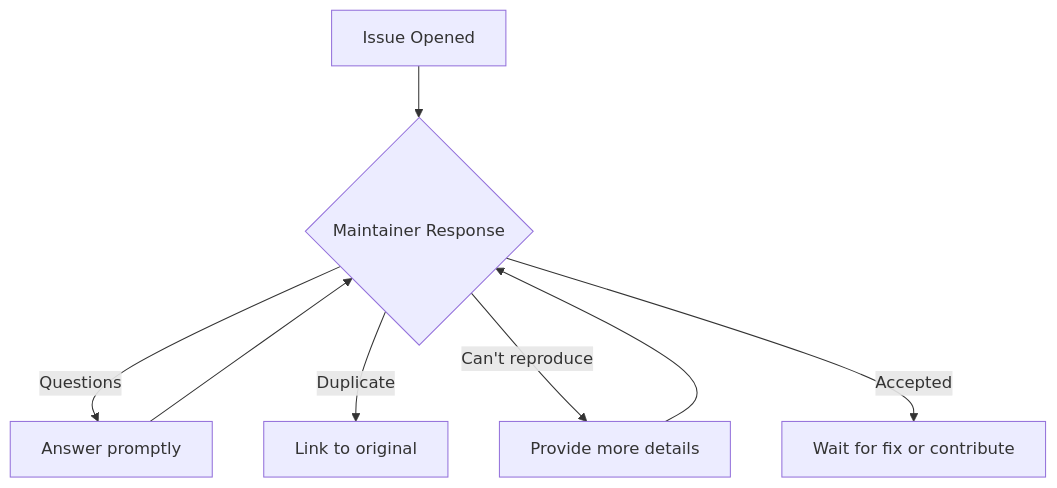
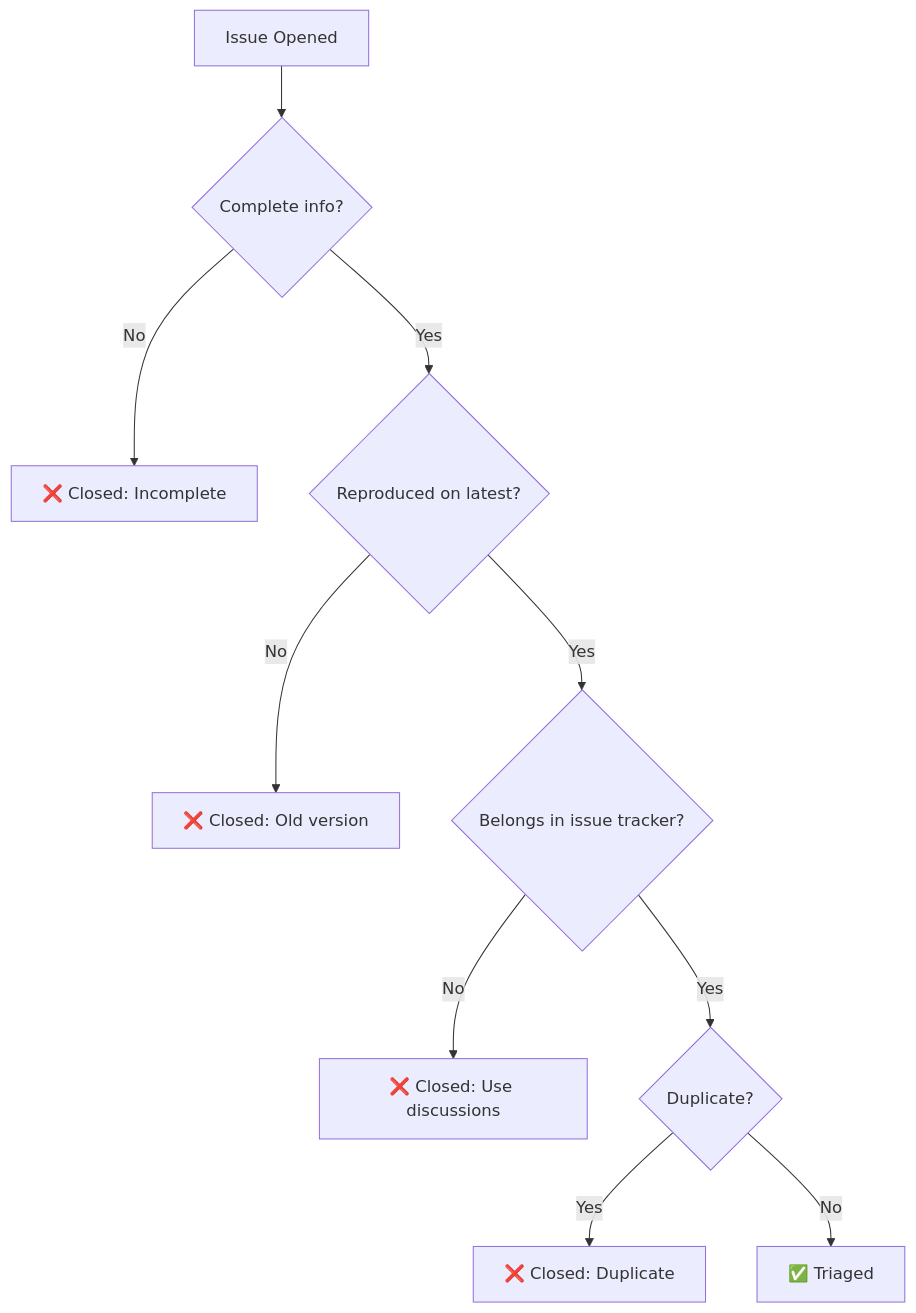
Before and after one commit to algosourceio/algosource-docs: the second of 2 diagrams in content/docs/04_issues-prs/4b_raising-issues.mdx, drawn with Mermaid. The commit also changed other lines of this file and 68 other files, not shown here.

````diff
--- a/content/docs/04_issues-prs/4b_raising-issues.mdx
+++ b/content/docs/04_issues-prs/4b_raising-issues.mdx
@@ -313,11 +271,12 @@
 ```mermaid
-flowchart TD
-    A[Issue Opened] --> B{Maintainer Response}
-    B -->|Questions| C[Answer promptly]
-    B -->|Duplicate| D[Link to original]
-    B -->|Can't reproduce| E[Provide more details]
-    B -->|Accepted| F[Wait for fix or contribute]
-    
-    C --> B
-    E --> B
+graph TD
+    A[Issue Opened] --> B{Complete info?}
+    B -->|No| C[❌ Closed: Incomplete]
+    B -->|Yes| D{Reproduced on latest?}
+    D -->|No| E[❌ Closed: Old version]
+    D -->|Yes| F{Belongs in issue tracker?}
+    F -->|No| G[❌ Closed: Use discussions]
+    F -->|Yes| H{Duplicate?}
+    H -->|Yes| I[❌ Closed: Duplicate]
+    H -->|No| J[✅ Triaged]
 ```
````
